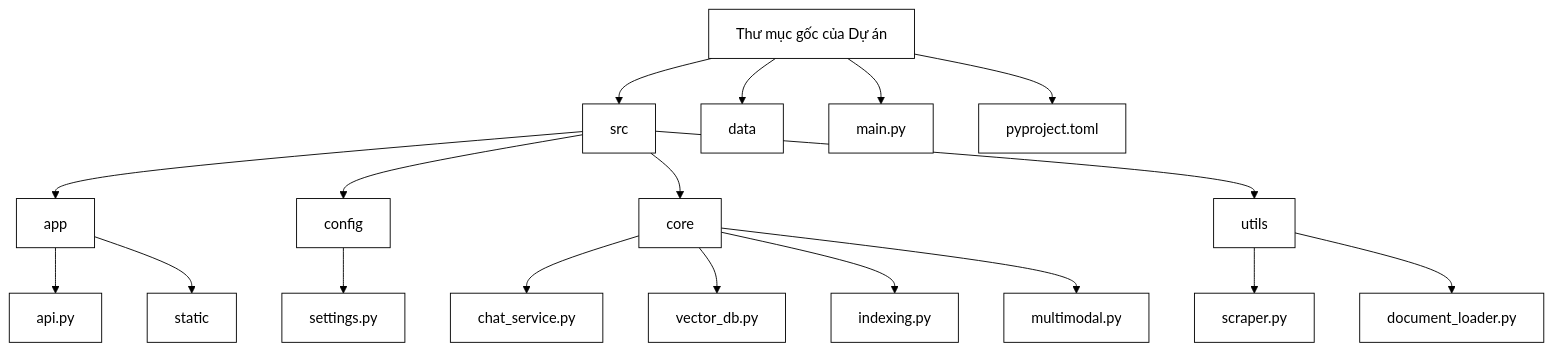
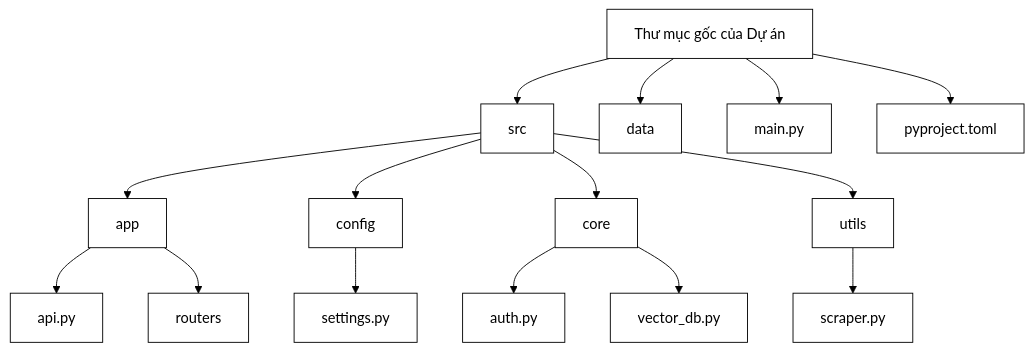
Before and after one commit to tranhongs0n/DATN: the diagram in thesis/Document_Planing/Content/3_Chuong3.md, drawn with Mermaid. The commit also changed other lines of this file and 60 other files, not shown here.

````diff
--- a/thesis/Document_Planing/Content/3_Chuong3.md
+++ b/thesis/Document_Planing/Content/3_Chuong3.md
@@ -7,21 +7,18 @@
 ```mermaid
 %%{init: {'theme': 'base', 'themeVariables': { 'primaryColor': '#ffffff', 'primaryBorderColor': '#000000', 'primaryTextColor': '#000000', 'lineColor': '#000000', 'background': '#ffffff'}}}%%
 graph TD
     A[Thư mục gốc của Dự án] --> B[src]
     A --> C[data]
     A --> D[main.py]
     A --> E[pyproject.toml]
     B --> F[app]
     B --> G[config]
     B --> H[core]
     B --> I[utils]
     F --> J[api.py]
-    F --> K[static]
+    F --> K[routers]
     G --> L[settings.py]
-    H --> M[chat_service.py]
+    H --> M[auth.py]
     H --> N[vector_db.py]
-    H --> O[indexing.py]
-    H --> P[multimodal.py]
     I --> Q[scraper.py]
-    I --> R[document_loader.py]
 ```
````
